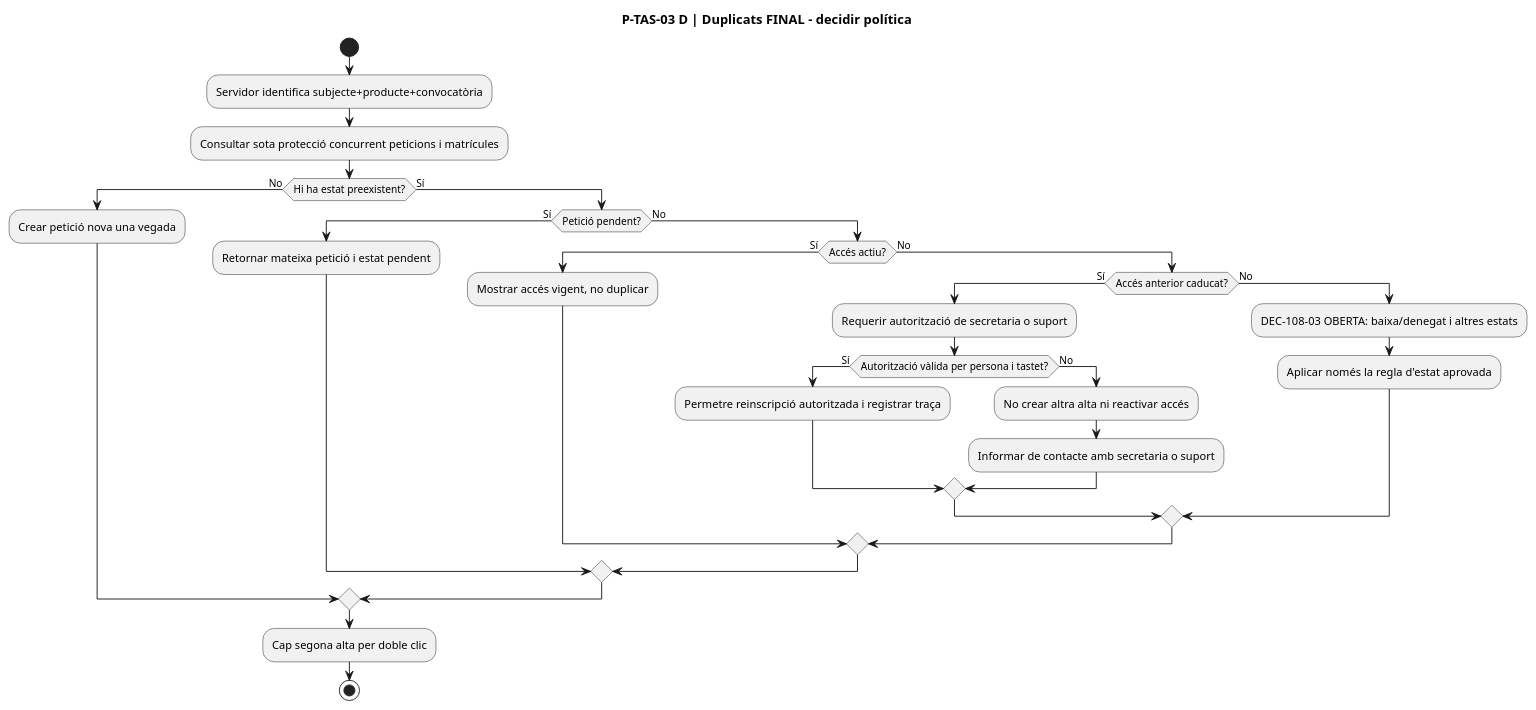
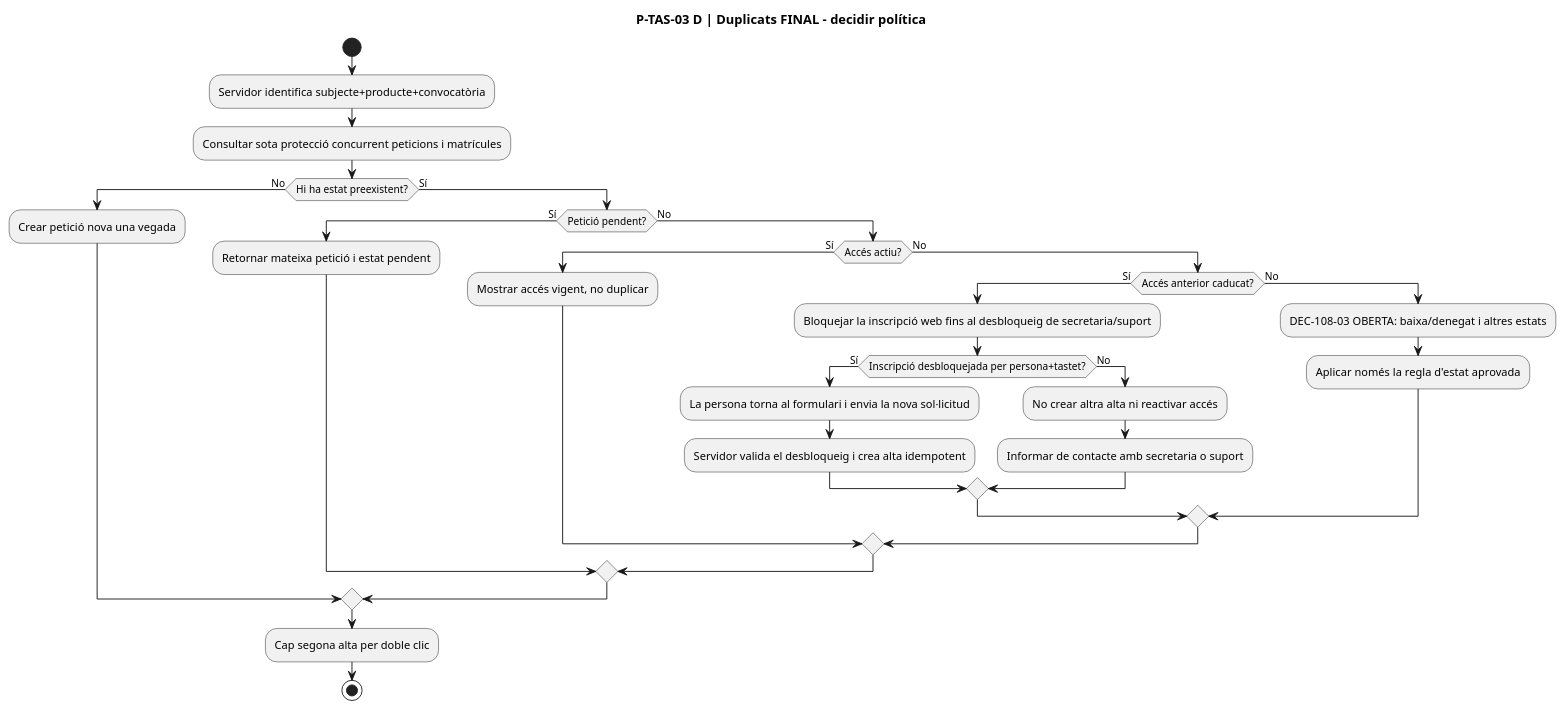
One commit to orgmeriemprismacat-del/verifactu changed diagram 24 of 32 in documentacio/07-uml-integrat/uc-108-activitats-pagines-tastets-actual-final.md. Above: the diagram before and after it, drawn with PlantUML. The commit also changed other lines of this file, not shown here.

Commit message:
docs: agree UC-108 secretary/support unlocks web re-enrollment; participant submits form

````diff
--- a/documentacio/07-uml-integrat/uc-108-activitats-pagines-tastets-actual-final.md
+++ b/documentacio/07-uml-integrat/uc-108-activitats-pagines-tastets-actual-final.md
@@ -550,34 +550,35 @@
 ```plantuml
 @startuml
 title P-TAS-03 D | Duplicats FINAL - decidir política
 start
 :Servidor identifica subjecte+producte+convocatòria;
 :Consultar sota protecció concurrent peticions i matrícules;
 if (Hi ha estat preexistent?) then (No)
   :Crear petició nova una vegada;
 else (Sí)
   if (Petició pendent?) then (Sí)
     :Retornar mateixa petició i estat pendent;
   else (No)
     if (Accés actiu?) then (Sí)
       :Mostrar accés vigent, no duplicar;
     else (No)
       if (Accés anterior caducat?) then (Sí)
-        :Requerir autorització de secretaria o suport;
-        if (Autorització vàlida per persona i tastet?) then (Sí)
-          :Permetre reinscripció autoritzada i registrar traça;
+        :Bloquejar la inscripció web fins al desbloqueig de secretaria/suport;
+        if (Inscripció desbloquejada per persona+tastet?) then (Sí)
+          :La persona torna al formulari i envia la nova sol·licitud;
+          :Servidor valida el desbloqueig i crea alta idempotent;
         else (No)
           :No crear altra alta ni reactivar accés;
           :Informar de contacte amb secretaria o suport;
         endif
       else (No)
         :DEC-108-03 OBERTA: baixa/denegat i altres estats;
         :Aplicar només la regla d'estat aprovada;
       endif
     endif
   endif
 endif
 :Cap segona alta per doble clic;
 stop
 @enduml
 ```
````
